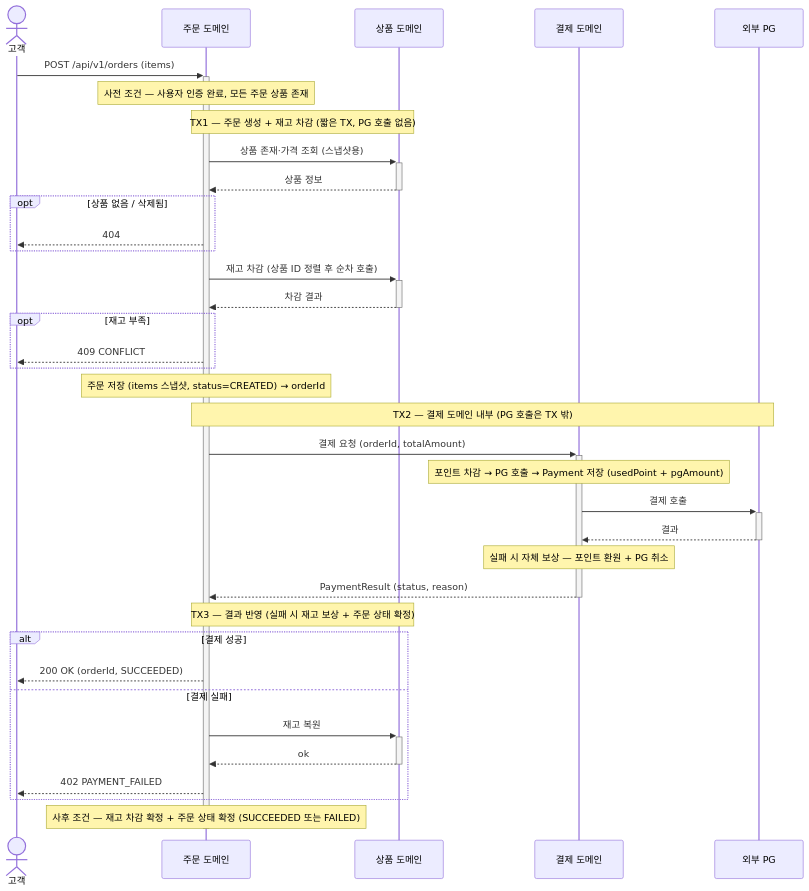
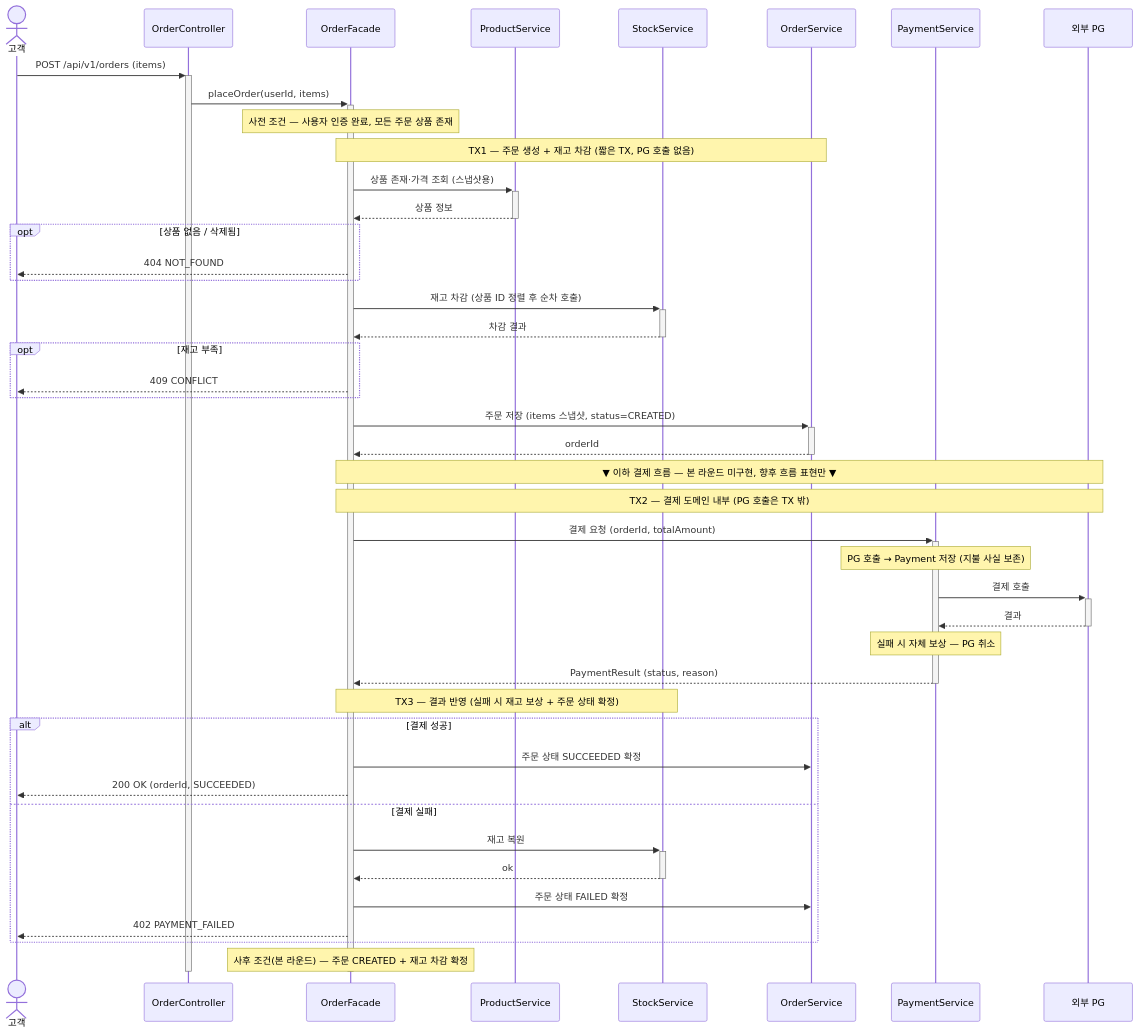
The first of 3 diagrams in .docs/design/02-sequence-diagrams.md (loopers-labs/loop-pack-be-l2-vol4-java), drawn with Mermaid before and after one commit. The commit also changed other lines of this file and 3 other files, not shown here.

````diff
--- a/.docs/design/02-sequence-diagrams.md
+++ b/.docs/design/02-sequence-diagrams.md
@@ -13,43 +13,52 @@
 ```mermaid
 sequenceDiagram
     actor C as 고객
-    participant Ord as 주문 도메인
-    participant Prod as 상품 도메인
-    participant Pay as 결제 도메인
+    participant Ctl as OrderController
+    participant F as OrderFacade
+    participant PS as ProductService
+    participant SS as StockService
+    participant OS as OrderService
+    participant Pay as PaymentService
     participant PG as 외부 PG
 
-    C->>+Ord: POST /api/v1/orders (items)
-    Note over Ord: 사전 조건 — 사용자 인증 완료, 모든 주문 상품 존재
+    C->>+Ctl: POST /api/v1/orders (items)
+    Ctl->>+F: placeOrder(userId, items)
+    Note over F: 사전 조건 — 사용자 인증 완료, 모든 주문 상품 존재
 
-    Note over Ord,Prod: TX1 — 주문 생성 + 재고 차감 (짧은 TX, PG 호출 없음)
-    Ord->>+Prod: 상품 존재·가격 조회 (스냅샷용)
-    Prod-->>-Ord: 상품 정보
+    Note over F,OS: TX1 — 주문 생성 + 재고 차감 (짧은 TX, PG 호출 없음)
+    F->>+PS: 상품 존재·가격 조회 (스냅샷용)
+    PS-->>-F: 상품 정보
     opt 상품 없음 / 삭제됨
-        Ord-->>C: 404
+        F-->>C: 404 NOT_FOUND
     end
-    Ord->>+Prod: 재고 차감 (상품 ID 정렬 후 순차 호출)
-    Prod-->>-Ord: 차감 결과
+    F->>+SS: 재고 차감 (상품 ID 정렬 후 순차 호출)
+    SS-->>-F: 차감 결과
     opt 재고 부족
-        Ord-->>C: 409 CONFLICT
+        F-->>C: 409 CONFLICT
     end
-    Note over Ord: 주문 저장 (items 스냅샷, status=CREATED) → orderId
+    F->>+OS: 주문 저장 (items 스냅샷, status=CREATED)
+    OS-->>-F: orderId
 
-    Note over Ord,PG: TX2 — 결제 도메인 내부 (PG 호출은 TX 밖)
-    Ord->>+Pay: 결제 요청 (orderId, totalAmount)
-    Note over Pay: 포인트 차감 → PG 호출 → Payment 저장 (usedPoint + pgAmount)
+    Note over F,PG: ▼ 이하 결제 흐름 — 본 라운드 미구현, 향후 흐름 표현만 ▼
+    Note over F,PG: TX2 — 결제 도메인 내부 (PG 호출은 TX 밖)
+    F->>+Pay: 결제 요청 (orderId, totalAmount)
+    Note over Pay: PG 호출 → Payment 저장 (지불 사실 보존)
     Pay->>+PG: 결제 호출
     PG-->>-Pay: 결과
-    Note over Pay: 실패 시 자체 보상 — 포인트 환원 + PG 취소
-    Pay-->>-Ord: PaymentResult (status, reason)
+    Note over Pay: 실패 시 자체 보상 — PG 취소
+    Pay-->>-F: PaymentResult (status, reason)
 
-    Note over Ord,Prod: TX3 — 결과 반영 (실패 시 재고 보상 + 주문 상태 확정)
+    Note over F,SS: TX3 — 결과 반영 (실패 시 재고 보상 + 주문 상태 확정)
     alt 결제 성공
-        Ord-->>C: 200 OK (orderId, SUCCEEDED)
+        F->>OS: 주문 상태 SUCCEEDED 확정
+        F-->>C: 200 OK (orderId, SUCCEEDED)
     else 결제 실패
-        Ord->>+Prod: 재고 복원
-        Prod-->>-Ord: ok
-        Ord-->>C: 402 PAYMENT_FAILED
+        F->>+SS: 재고 복원
+        SS-->>-F: ok
+        F->>OS: 주문 상태 FAILED 확정
+        F-->>C: 402 PAYMENT_FAILED
     end
-    Note over Ord: 사후 조건 — 재고 차감 확정 + 주문 상태 확정 (SUCCEEDED 또는 FAILED)
-    deactivate Ord
+    Note over F: 사후 조건(본 라운드) — 주문 CREATED + 재고 차감 확정
+    deactivate F
+    deactivate Ctl
 ```
````
